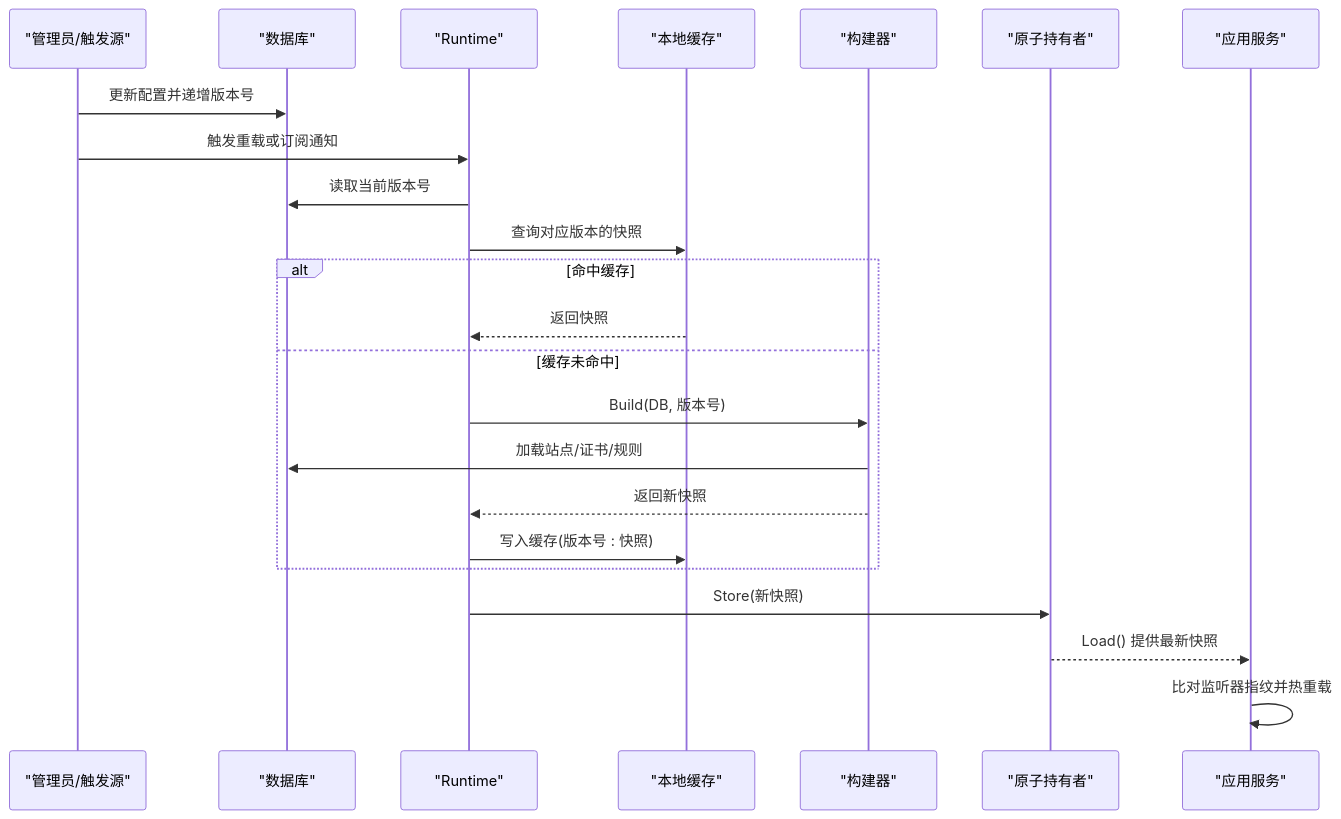
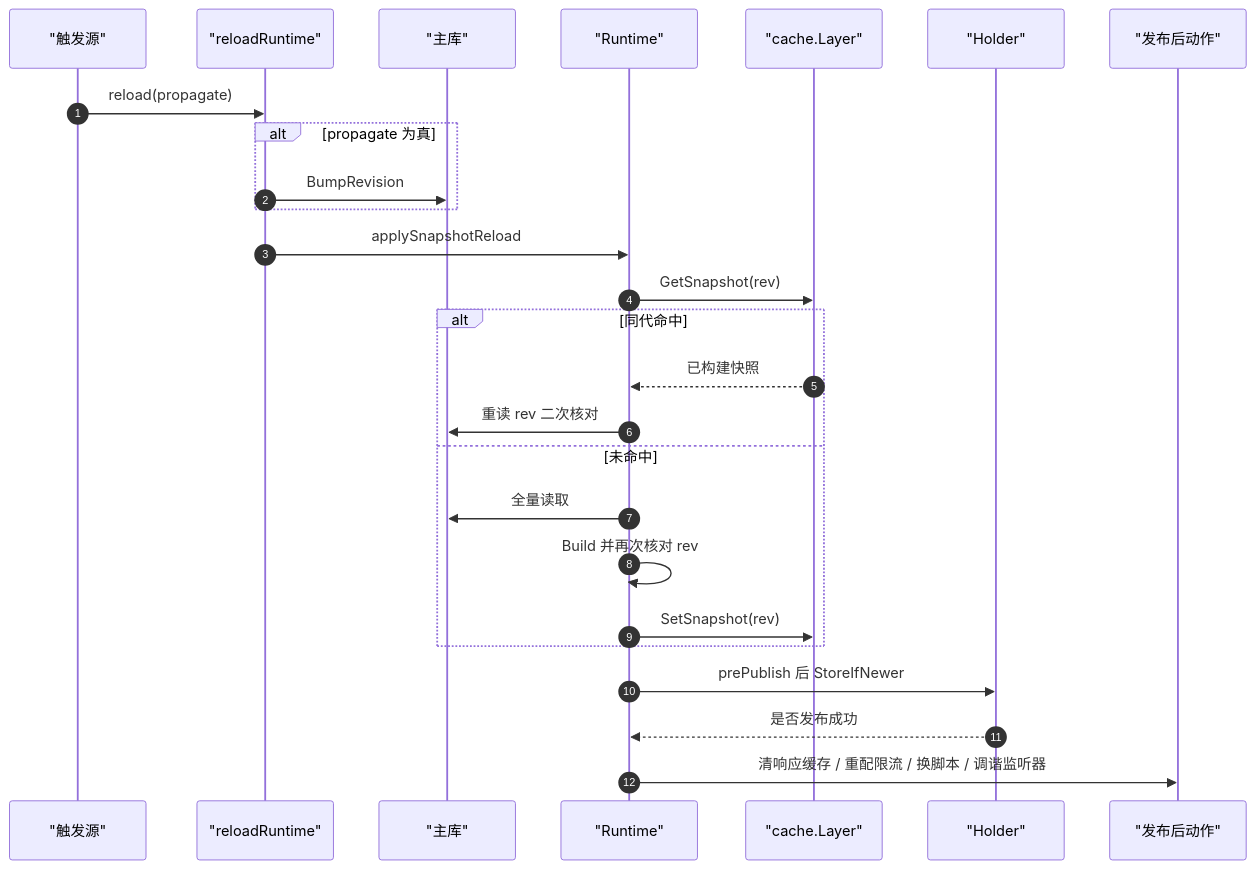
One commit to x01n/My-OpenWaf changed the fourth of 6 diagrams in docs/系统架构设计/快照机制.md. Above: the diagram before and after it, drawn with Mermaid. The commit also changed other lines of this file and 622 other files, not shown here.

````diff
--- a/docs/系统架构设计/快照机制.md
+++ b/docs/系统架构设计/快照机制.md
@@ -124,25 +247,28 @@
 ```mermaid
 sequenceDiagram
-participant Admin as "管理员/触发源"
-participant DB as "数据库"
-participant RT as "Runtime"
-participant LC as "本地缓存"
-participant SB as "构建器"
-participant HH as "原子持有者"
-participant APP as "应用服务"
-Admin->>DB : 更新配置并递增版本号
-Admin->>RT : 触发重载或订阅通知
-RT->>DB : 读取当前版本号
-RT->>LC : 查询对应版本的快照
-alt 命中缓存
-LC-->>RT : 返回快照
-else 缓存未命中
-RT->>SB : Build(DB, 版本号)
-SB->>DB : 加载站点/证书/规则
-SB-->>RT : 返回新快照
-RT->>LC : 写入缓存(版本号 : 快照)
-end
-RT->>HH : Store(新快照)
-HH-->>APP : Load() 提供最新快照
-APP->>APP : 比对监听器指纹并热重载
+  autonumber
+  participant TRG as "触发源"
+  participant RL as "reloadRuntime"
+  participant DB as "主库"
+  participant RT as "Runtime"
+  participant LC as "cache.Layer"
+  participant HO as "Holder"
+  participant AF as "发布后动作"
+  TRG->>RL: reload(propagate)
+  alt propagate 为真
+    RL->>DB: BumpRevision
+  end
+  RL->>RT: applySnapshotReload
+  RT->>LC: GetSnapshot(rev)
+  alt 同代命中
+    LC-->>RT: 已构建快照
+    RT->>DB: 重读 rev 二次核对
+  else 未命中
+    RT->>DB: 全量读取
+    RT->>RT: Build 并再次核对 rev
+    RT->>LC: SetSnapshot(rev)
+  end
+  RT->>HO: prePublish 后 StoreIfNewer
+  HO-->>RT: 是否发布成功
+  RT->>AF: 清响应缓存 / 重配限流 / 换脚本 / 调谐监听器
 ```
````
